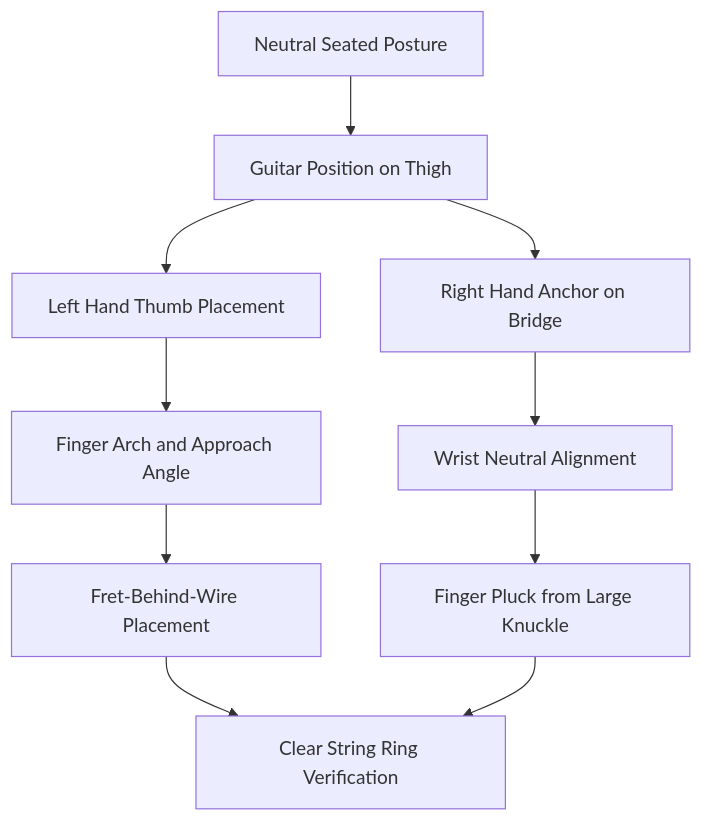
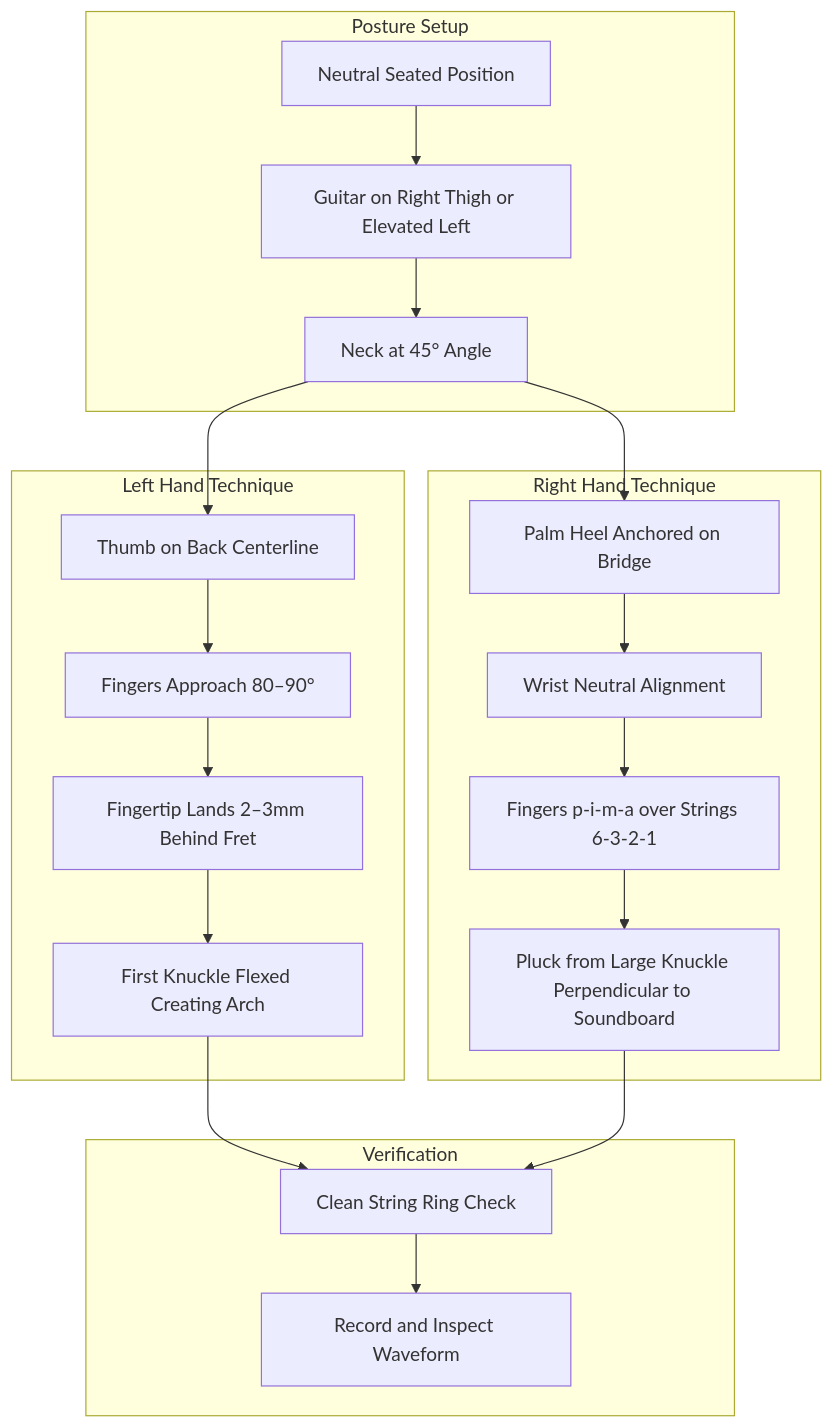
Before and after one commit to blebleblee/synapse: the first of 9 diagrams in topics/arts/music_performance/acoustic_guitar/labs.md, drawn with Mermaid. The commit also changed other lines of this file and 4 other files, not shown here.

````diff
--- a/topics/arts/music_performance/acoustic_guitar/labs.md
+++ b/topics/arts/music_performance/acoustic_guitar/labs.md
@@ -34,12 +110,24 @@
 ```mermaid
 graph TD
-    A["Neutral Seated Posture"] --> B["Guitar Position on Thigh"]
-    B --> C["Left Hand Thumb Placement"]
-    C --> D["Finger Arch and Approach Angle"]
-    D --> E["Fret-Behind-Wire Placement"]
-    E --> F["Clear String Ring Verification"]
-    B --> G["Right Hand Anchor on Bridge"]
-    G --> H["Wrist Neutral Alignment"]
-    H --> I["Finger Pluck from Large Knuckle"]
-    I --> F
+    subgraph sub_posture ["Posture Setup"]
+        A["Neutral Seated Position"] --> B["Guitar on Right Thigh or Elevated Left"]
+        B --> C["Neck at 45° Angle"]
+    end
+    subgraph sub_left_hand ["Left Hand Technique"]
+        C --> D["Thumb on Back Centerline"]
+        D --> E["Fingers Approach 80–90°"]
+        E --> F["Fingertip Lands 2–3mm Behind Fret"]
+        F --> G["First Knuckle Flexed Creating Arch"]
+    end
+    subgraph sub_right_hand ["Right Hand Technique"]
+        C --> H["Palm Heel Anchored on Bridge"]
+        H --> I["Wrist Neutral Alignment"]
+        I --> J["Fingers p-i-m-a over Strings 6-3-2-1"]
+        J --> K["Pluck from Large Knuckle Perpendicular to Soundboard"]
+    end
+    subgraph sub_verification ["Verification"]
+        G --> L["Clean String Ring Check"]
+        K --> L
+        L --> M["Record and Inspect Waveform"]
+    end
 ```
````
